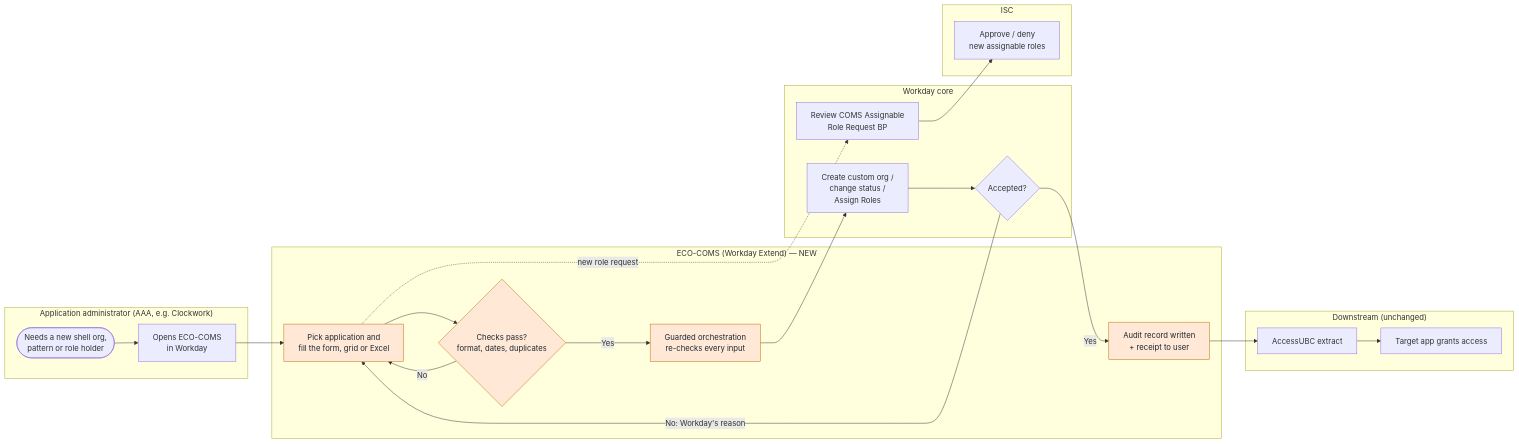
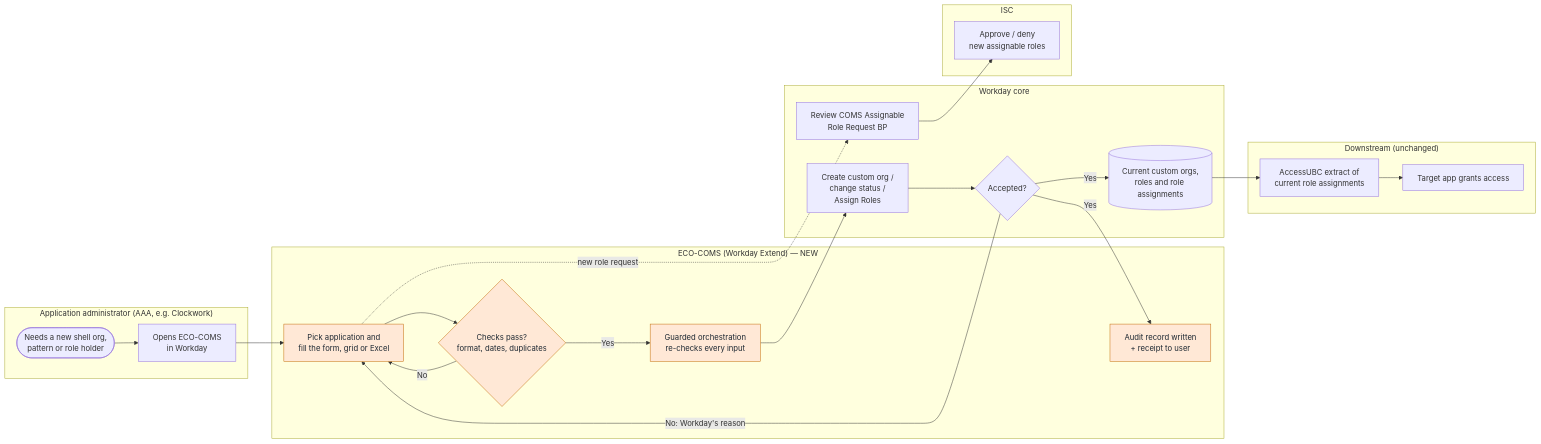
Before and after one commit to crismwan/ECO-COMS-Extend-App: the diagram in docs/confluence/diagrams/future.mmd, drawn with Mermaid. The commit also changed 10 other files, not shown here.

First line of the commit message:
Confluence 01: current role assignments feed the AccessUBC extract; value stream map of Appian vs ECO-COMS

```diff
--- a/docs/confluence/diagrams/future.mmd
+++ b/docs/confluence/diagrams/future.mmd
@@ -1,28 +1,30 @@
 flowchart LR
   subgraph AA["Application administrator (AAA, e.g. Clockwork)"]
     A1([Needs a new shell org,<br/>pattern or role holder]) --> A2[Opens ECO-COMS<br/>in Workday]
   end
   subgraph COMS["ECO-COMS (Workday Extend) — NEW"]
     C1[Pick application and<br/>fill the form, grid or Excel] --> C2{Checks pass?<br/>format, dates, duplicates}
     C2 -- No --> C1
     C2 -- Yes --> C3[Guarded orchestration<br/>re-checks every input]
     C5[Audit record written<br/>+ receipt to user]
   end
   subgraph WD["Workday core"]
     W1[Create custom org /<br/>change status /<br/>Assign Roles] --> W2{Accepted?}
     W3[Review COMS Assignable<br/>Role Request BP]
+    W4[(Current custom orgs,<br/>roles and role assignments)]
   end
   subgraph ISC["ISC"]
     I1[Approve / deny<br/>new assignable roles]
   end
   subgraph DS["Downstream (unchanged)"]
-    D1[AccessUBC extract] --> D2[Target app grants access]
+    D1[AccessUBC extract of<br/>current role assignments] --> D2[Target app grants access]
   end
   A2 --> C1
   C3 --> W1
+  W2 -- Yes --> W4
   W2 -- Yes --> C5
   W2 -- No: Workday's reason --> C1
   C1 -. new role request .-> W3 --> I1
-  C5 --> D1
+  W4 --> D1
   classDef new fill:#FFE8D6,stroke:#C26A00,color:#1F2933
   class C1,C2,C3,C5 new
```
